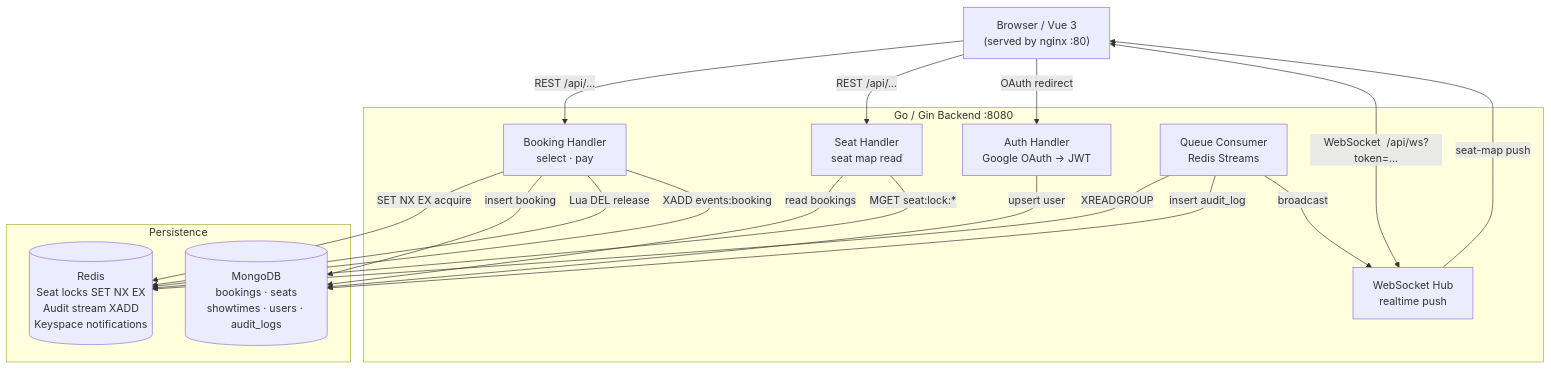
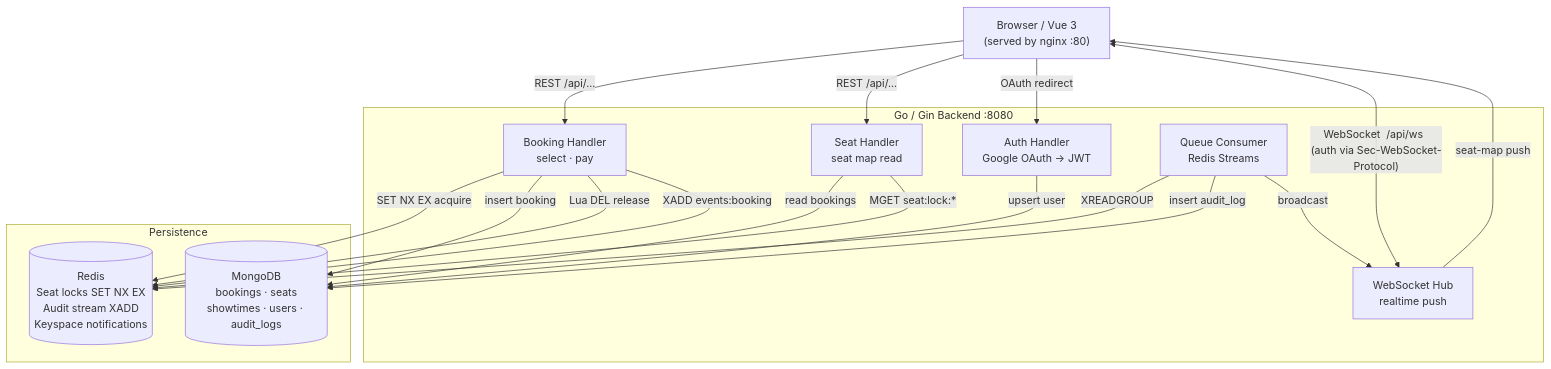
One commit to naive555/cinema-booking changed the diagram in README.md. Above: the diagram before and after it, drawn with Mermaid. The commit also changed other lines of this file, not shown here.

First line of the commit message:
docs(readme): clarify WebSocket auth, token fragment, lock TTL, and security notes

````diff
--- a/README.md
+++ b/README.md
@@ -10,35 +10,35 @@
 ```mermaid
 flowchart TD
     Browser["Browser / Vue 3\n(served by nginx :80)"]
 
     subgraph Backend ["Go / Gin Backend :8080"]
         Auth["Auth Handler\nGoogle OAuth -> JWT"]
         BookingH["Booking Handler\nselect · pay"]
         SeatH["Seat Handler\nseat map read"]
         WS["WebSocket Hub\nrealtime push"]
         Consumer["Queue Consumer\nRedis Streams"]
     end
 
     subgraph Persistence
         Mongo[("MongoDB\nbookings · seats\nshowtimes · users · audit_logs")]
         Redis[("Redis\nSeat locks  SET NX EX\nAudit stream  XADD\nKeyspace notifications")]
     end
 
     Browser -->|"REST  /api/..."| BookingH
     Browser -->|"REST  /api/..."| SeatH
     Browser -->|"OAuth redirect"| Auth
-    Browser <-->|"WebSocket  /api/ws?token=..."| WS
+    Browser <-->|"WebSocket  /api/ws  (auth via Sec-WebSocket-Protocol)"| WS
 
     Auth -->|"upsert user"| Mongo
     BookingH -->|"SET NX EX  acquire"| Redis
     BookingH -->|"insert booking"| Mongo
     BookingH -->|"Lua DEL  release"| Redis
     BookingH -->|"XADD events:booking"| Redis
     SeatH -->|"read bookings"| Mongo
     SeatH -->|"MGET seat:lock:*"| Redis
 
     Consumer -->|"XREADGROUP"| Redis
     Consumer -->|"insert audit_log"| Mongo
     Consumer -->|"broadcast"| WS
     WS -->|"seat-map push"| Browser
 ```
````
